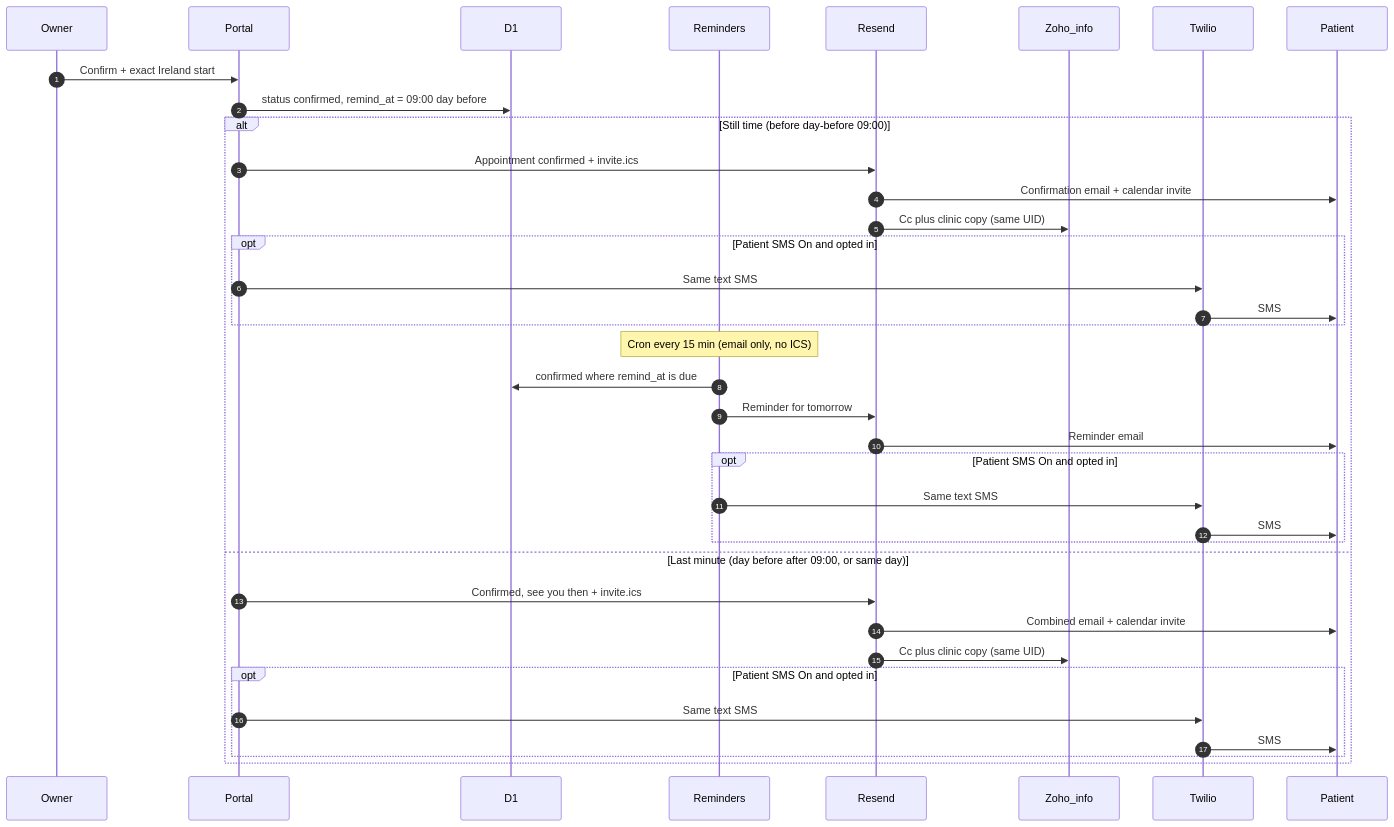
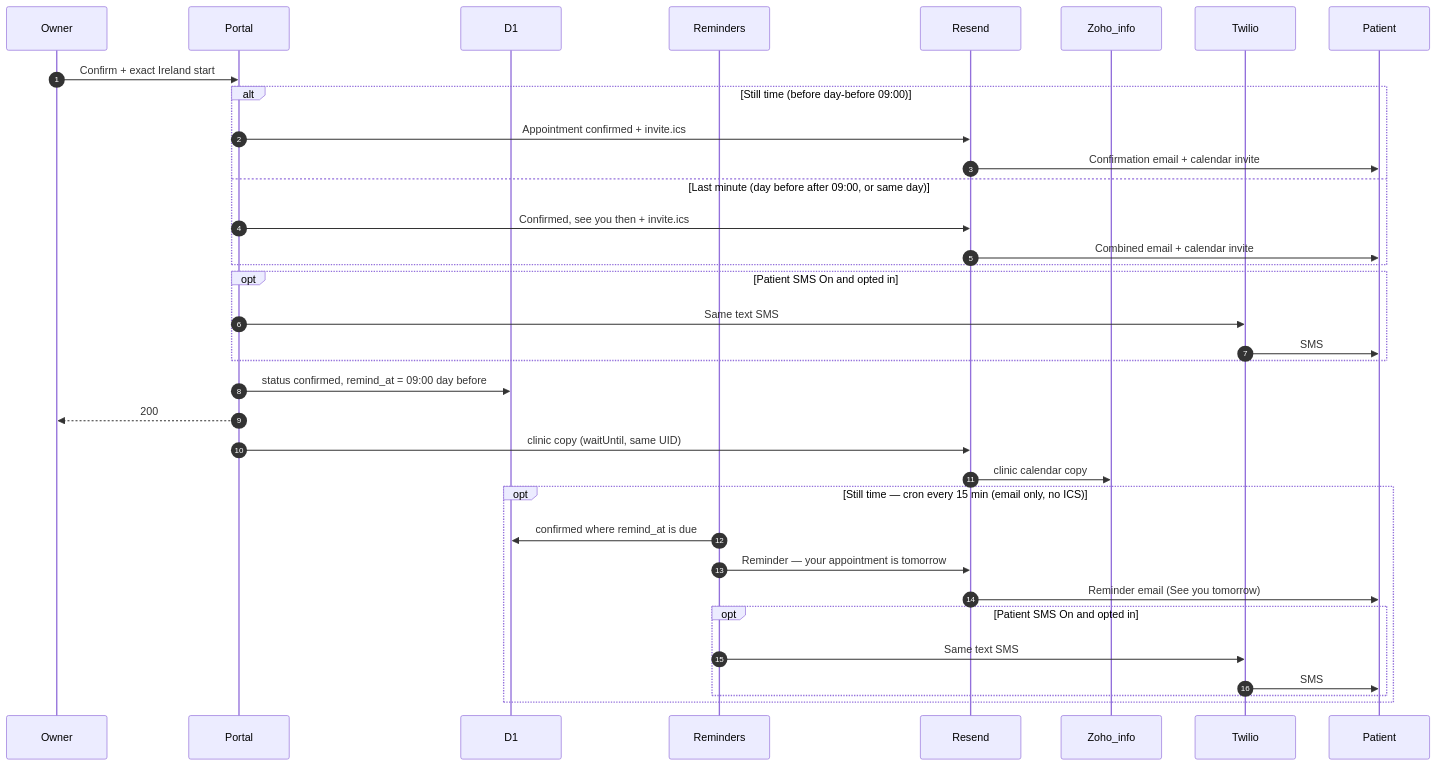
One commit to hbacalso1229/wellness-needles changed the diagram in docs/booking-sequence-confirm.mmd. Above: the diagram before and after it, drawn with Mermaid. The commit also changed 24 other files, not shown here.

Commit message:
patient email confirmation uodates

```diff
--- a/docs/booking-sequence-confirm.mmd
+++ b/docs/booking-sequence-confirm.mmd
@@ -1,39 +1,36 @@
 sequenceDiagram
   autonumber
   participant Owner
   participant Portal
   participant D1
   participant Reminders
   participant Resend
   participant Zoho_info
   participant Twilio
   participant Patient
 
   Owner->>Portal: Confirm + exact Ireland start
-  Portal->>D1: status confirmed, remind_at = 09:00 day before
-
   alt Still time (before day-before 09:00)
     Portal->>Resend: Appointment confirmed + invite.ics
     Resend->>Patient: Confirmation email + calendar invite
-    Resend->>Zoho_info: Cc plus clinic copy (same UID)
-    opt Patient SMS On and opted in
-      Portal->>Twilio: Same text SMS
-      Twilio->>Patient: SMS
-    end
-    Note over Reminders: Cron every 15 min (email only, no ICS)
+  else Last minute (day before after 09:00, or same day)
+    Portal->>Resend: Confirmed, see you then + invite.ics
+    Resend->>Patient: Combined email + calendar invite
+  end
+  opt Patient SMS On and opted in
+    Portal->>Twilio: Same text SMS
+    Twilio->>Patient: SMS
+  end
+  Portal->>D1: status confirmed, remind_at = 09:00 day before
+  Portal-->>Owner: 200
+  Portal->>Resend: clinic copy (waitUntil, same UID)
+  Resend->>Zoho_info: clinic calendar copy
+  opt Still time — cron every 15 min (email only, no ICS)
     Reminders->>D1: confirmed where remind_at is due
-    Reminders->>Resend: Reminder for tomorrow
-    Resend->>Patient: Reminder email
+    Reminders->>Resend: Reminder — your appointment is tomorrow
+    Resend->>Patient: Reminder email (See you tomorrow)
     opt Patient SMS On and opted in
       Reminders->>Twilio: Same text SMS
       Twilio->>Patient: SMS
     end
-  else Last minute (day before after 09:00, or same day)
-    Portal->>Resend: Confirmed, see you then + invite.ics
-    Resend->>Patient: Combined email + calendar invite
-    Resend->>Zoho_info: Cc plus clinic copy (same UID)
-    opt Patient SMS On and opted in
-      Portal->>Twilio: Same text SMS
-      Twilio->>Patient: SMS
-    end
   end
```
